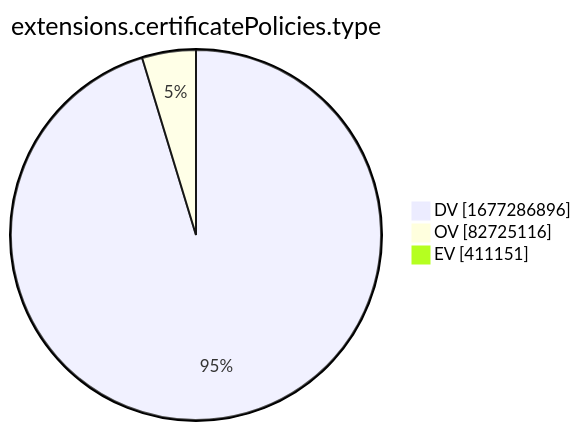
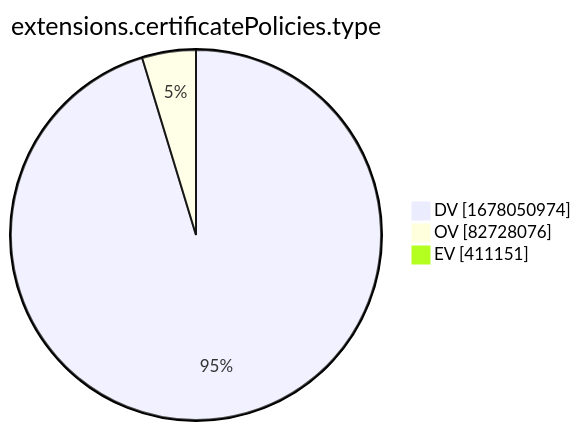
Before and after one commit to christiankrug/ctmonitor_visualization: the tenth of 15 diagrams in xenon2022/README.md, drawn with Mermaid. The commit also changed other lines of this file, not shown here.

````diff
--- a/xenon2022/README.md
+++ b/xenon2022/README.md
@@ -2881,7 +2881,7 @@
 ```mermaid
 pie showData
 title extensions.certificatePolicies.type
-"DV" :1677286896
-"OV" :82725116
+"DV" :1678050974
+"OV" :82728076
 "EV" :411151
 ```
````
